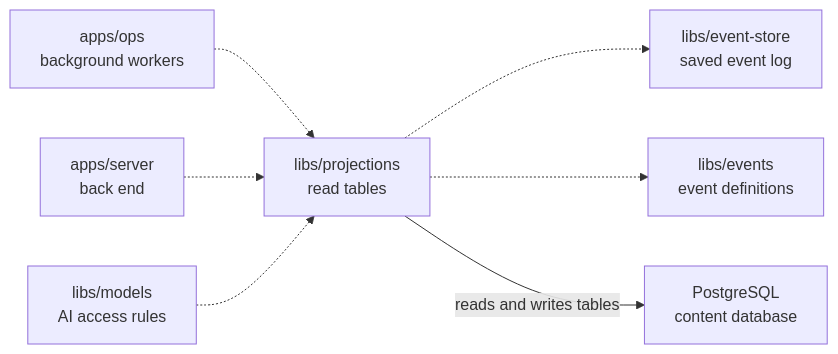
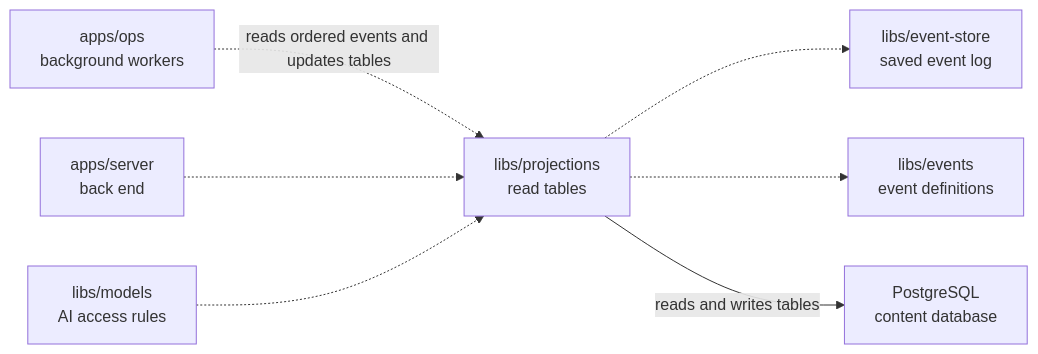
One commit to elewa-git/opencrane-new changed the diagram in libs/projections/README.md. Above: the diagram before and after it, drawn with Mermaid. The commit also changed other lines of this file and 39 other files, not shown here.

````diff
--- a/libs/projections/README.md
+++ b/libs/projections/README.md
@@ -19,9 +19,9 @@
 ```mermaid
 flowchart LR
-  ops["apps/ops<br/>background workers"] -.-> projections["libs/projections<br/>read tables"]
+  ops["apps/ops<br/>background workers"] -.->|reads ordered events and updates tables| projections["libs/projections<br/>read tables"]
   server["apps/server<br/>back end"] -.-> projections
   models["libs/models<br/>AI access rules"] -.-> projections
   projections -.-> store["libs/event-store<br/>saved event log"]
   projections -.-> events["libs/events<br/>event definitions"]
   projections -->|reads and writes tables| pg["PostgreSQL<br/>content database"]
 ```
````
